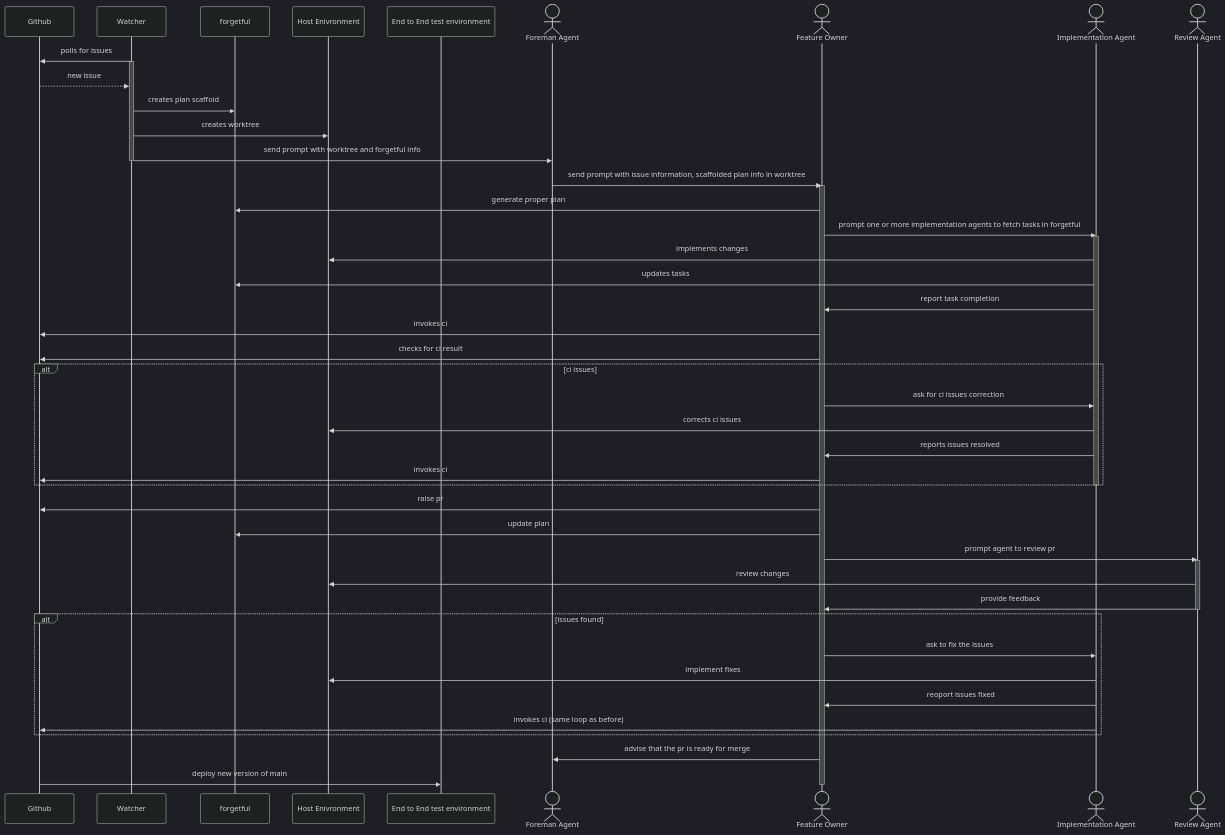
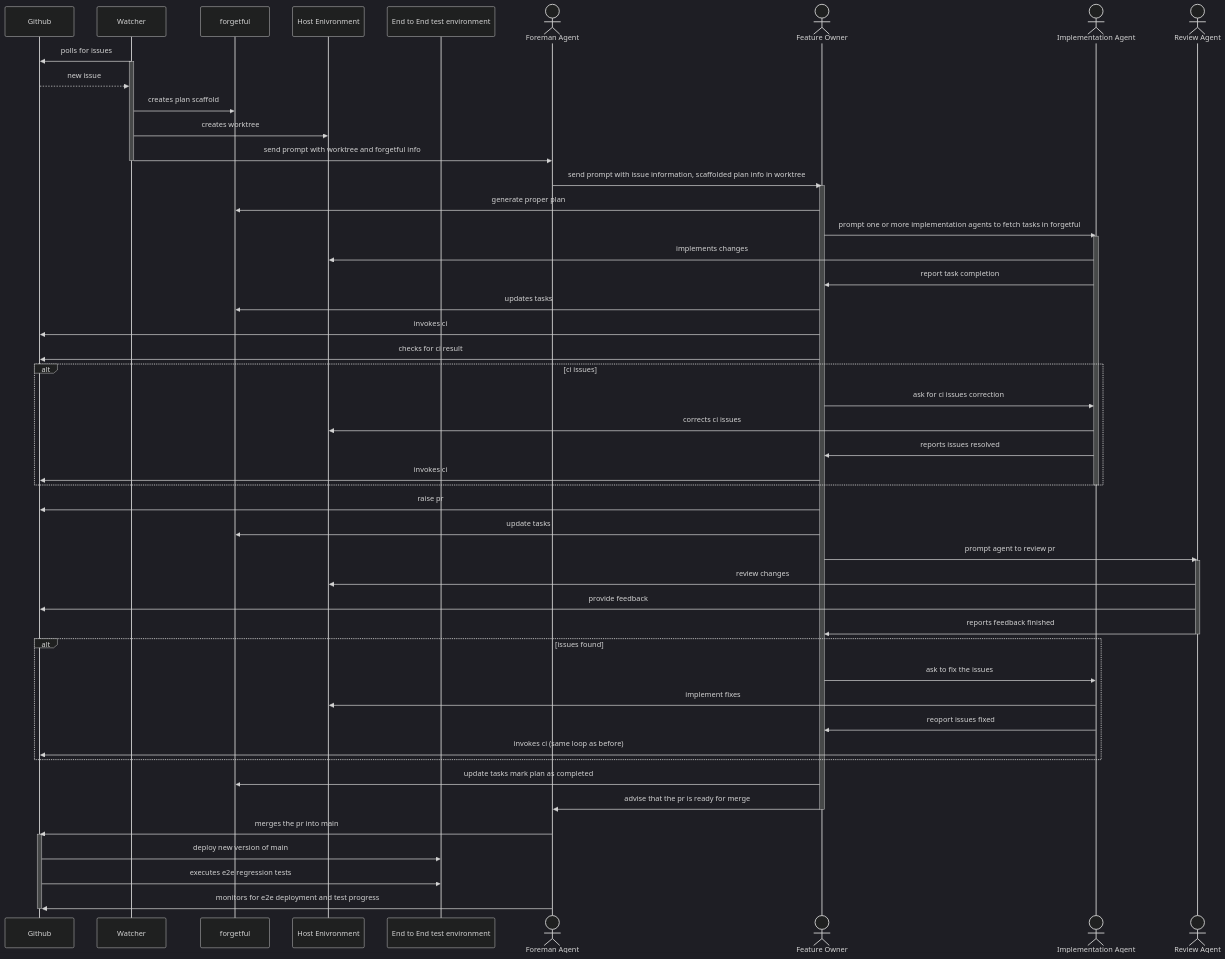
Before and after one commit to ScottRBK/factory: the diagram in FACTORY.md, drawn with Mermaid. The commit also changed other lines of this file, not shown here.

````diff
--- a/FACTORY.md
+++ b/FACTORY.md
@@ -14,61 +23,68 @@
 ```mermaid
 ---
 config:
     theme: dark
 ---
     sequenceDiagram
     
     participant gh as Github
     participant script as Watcher
     participant forgetful
     participant host as Host Enivronment
     participant e2e as End to End test environment
     actor foreman as Foreman Agent
     actor fo as Feature Owner
     actor ia as Implementation Agent 
     actor ra as Review Agent
 
     script ->> gh: polls for issues
     activate script
     gh -->> script: new issue
     script ->> forgetful: creates plan scaffold
     script ->> host: creates worktree 
     script ->> foreman: send prompt with worktree and forgetful info
     deactivate script
 
     foreman ->> fo: send prompt with issue information, scaffolded plan info in worktree
     activate fo
     fo ->> forgetful: generate proper plan 
     fo ->> ia: prompt one or more implementation agents to fetch tasks in forgetful 
 
     activate ia 
     ia ->> host: implements changes
-    ia ->> forgetful: updates tasks 
     ia ->> fo: report task completion
+    fo ->> forgetful: updates tasks 
     fo ->> gh: invokes ci 
     fo ->> gh: checks for ci result
     alt ci issues
         fo ->> ia: ask for ci issues correction
         ia ->> host: corrects ci issues
         ia ->> fo: reports issues resolved
         fo ->> gh: invokes ci 
     end
     deactivate ia
 
     fo ->> gh: raise pr 
-    fo ->> forgetful: update plan
+    fo ->> forgetful: update tasks
     fo ->> ra: prompt agent to review pr
     activate ra 
     ra ->> host: review changes
-    ra ->> fo: provide feedback
+    ra ->> gh: provide feedback 
+    ra ->> fo: reports feedback finished
     deactivate ra
     alt issues found
         fo ->> ia: ask to fix the issues
         ia ->> host: implement fixes 
         ia ->> fo: reoport issues fixed
         ia ->> gh: invokes ci (same loop as before)
     end
+    fo ->> forgetful: update tasks mark plan as completed
     fo ->> foreman: advise that the pr is ready for merge
+    deactivate fo
+    foreman ->> gh: merges the pr into main
+    activate gh
     gh ->> e2e: deploy new version of main     
-    deactivate fo
+    gh ->> e2e: executes e2e regression tests
+    foreman ->> gh: monitors for e2e deployment and test progress
+    deactivate gh
 ```
````
